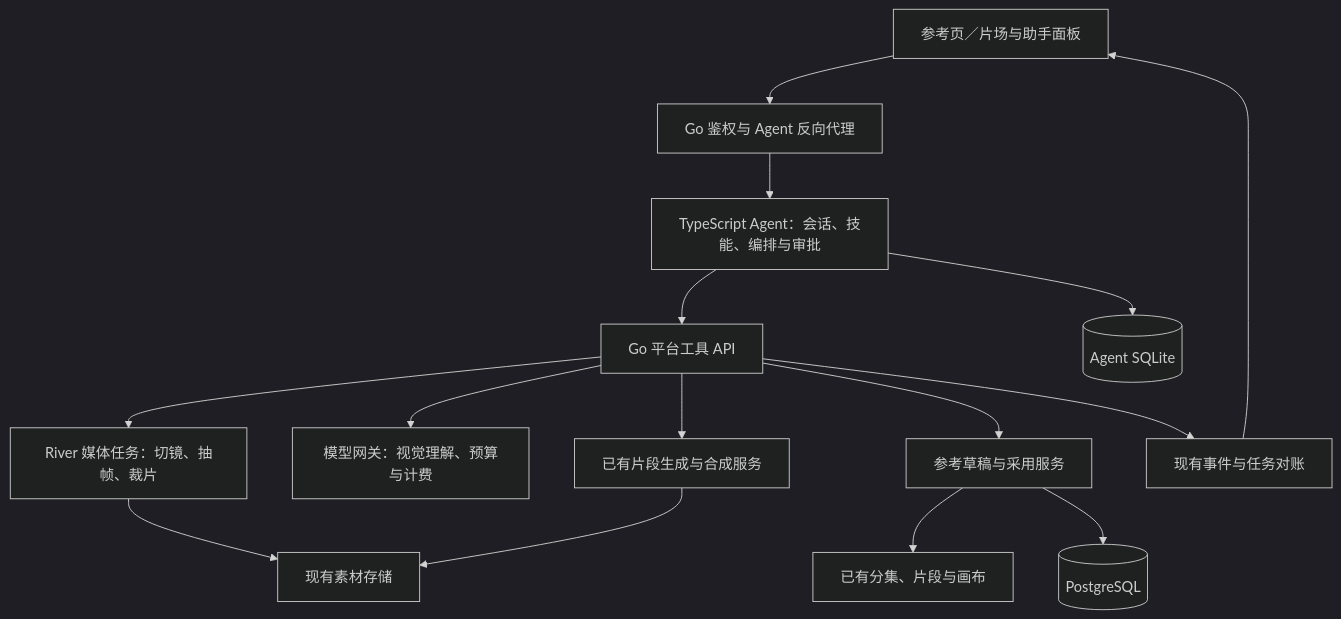
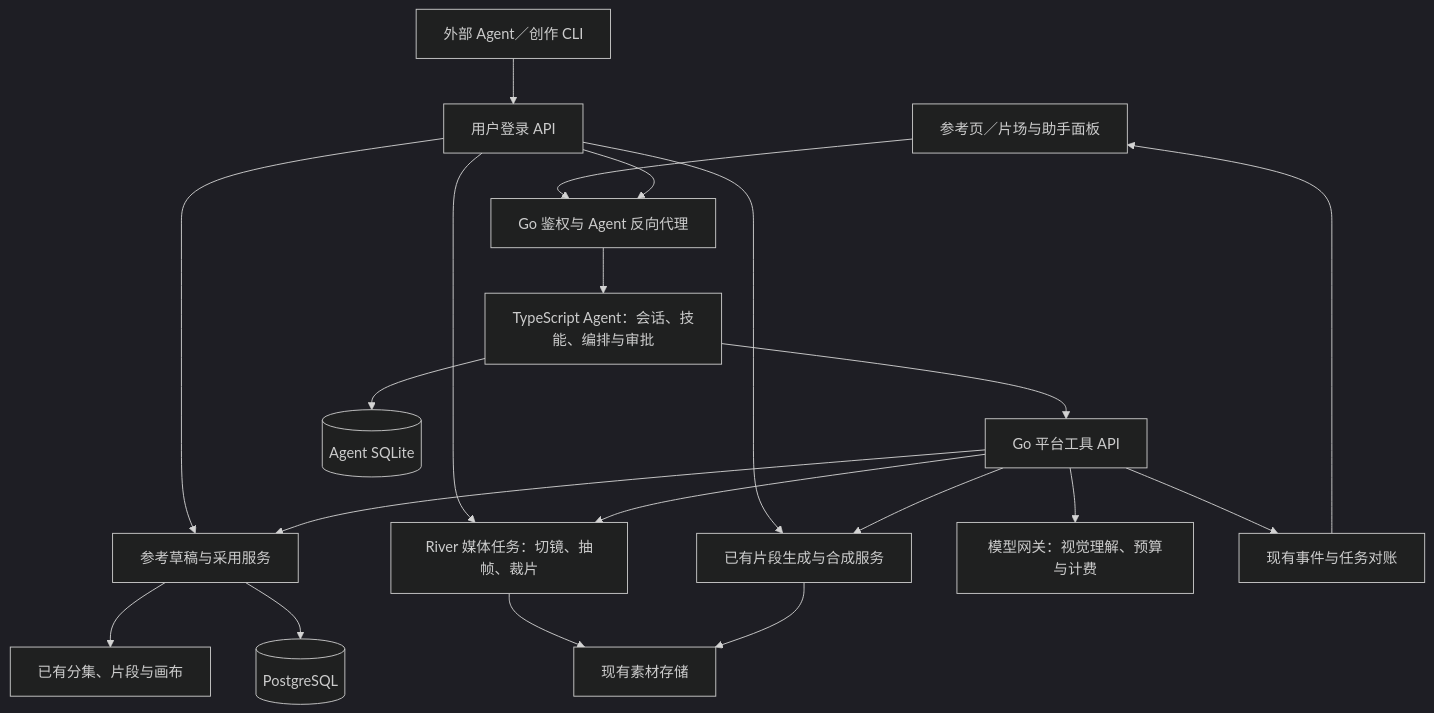
Before and after one commit to lookoupai/video-canvas: the diagram in docs/仿拍二开/prd-Agent驱动仿拍-2026-11-21.md, drawn with Mermaid (dark theme). The commit also changed other lines of this file and 2 other files, not shown here.

First line of the commit message:
docs: 补充站内外 Agent 共用项目与创作 CLI 方案

````diff
--- a/docs/仿拍二开/prd-Agent驱动仿拍-2026-11-21.md
+++ b/docs/仿拍二开/prd-Agent驱动仿拍-2026-11-21.md
@@ -75,17 +92,22 @@
 ```mermaid
 flowchart TD
   UI[参考页／片场与助手面板] --> API[Go 鉴权与 Agent 反向代理]
+  External[外部 Agent／创作 CLI] --> Public[用户登录 API]
+  Public --> Draft
+  Public --> Media
+  Public --> Generate
+  Public --> API
   API --> Agent[TypeScript Agent：会话、技能、编排与审批]
   Agent --> Platform[Go 平台工具 API]
   Platform --> Media[River 媒体任务：切镜、抽帧、裁片]
   Platform --> Model[模型网关：视觉理解、预算与计费]
   Platform --> Draft[参考草稿与采用服务]
   Draft --> Studio[已有分集、片段与画布]
   Platform --> Generate[已有片段生成与合成服务]
   Media --> Assets[现有素材存储]
   Generate --> Assets
   Draft --> DB[(PostgreSQL)]
   Agent --> State[(Agent SQLite)]
   Platform --> Events[现有事件与任务对账]
   Events --> UI
 ```
````
